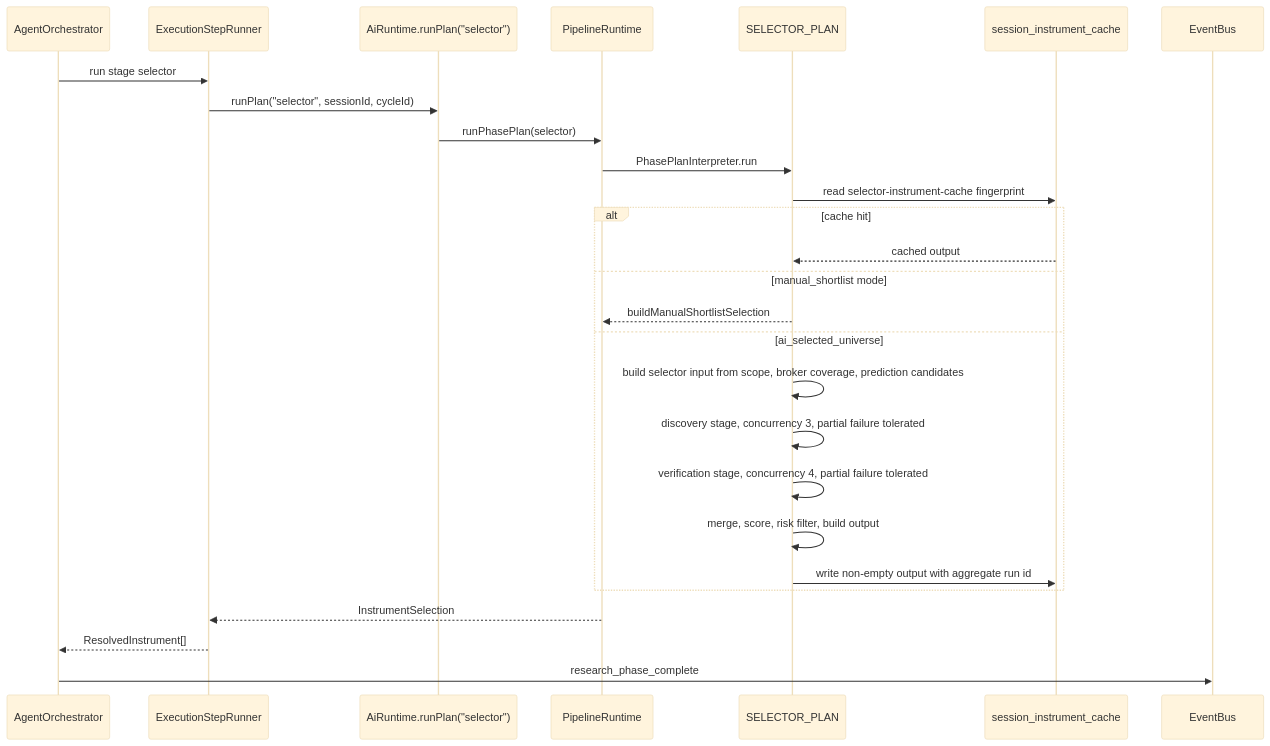
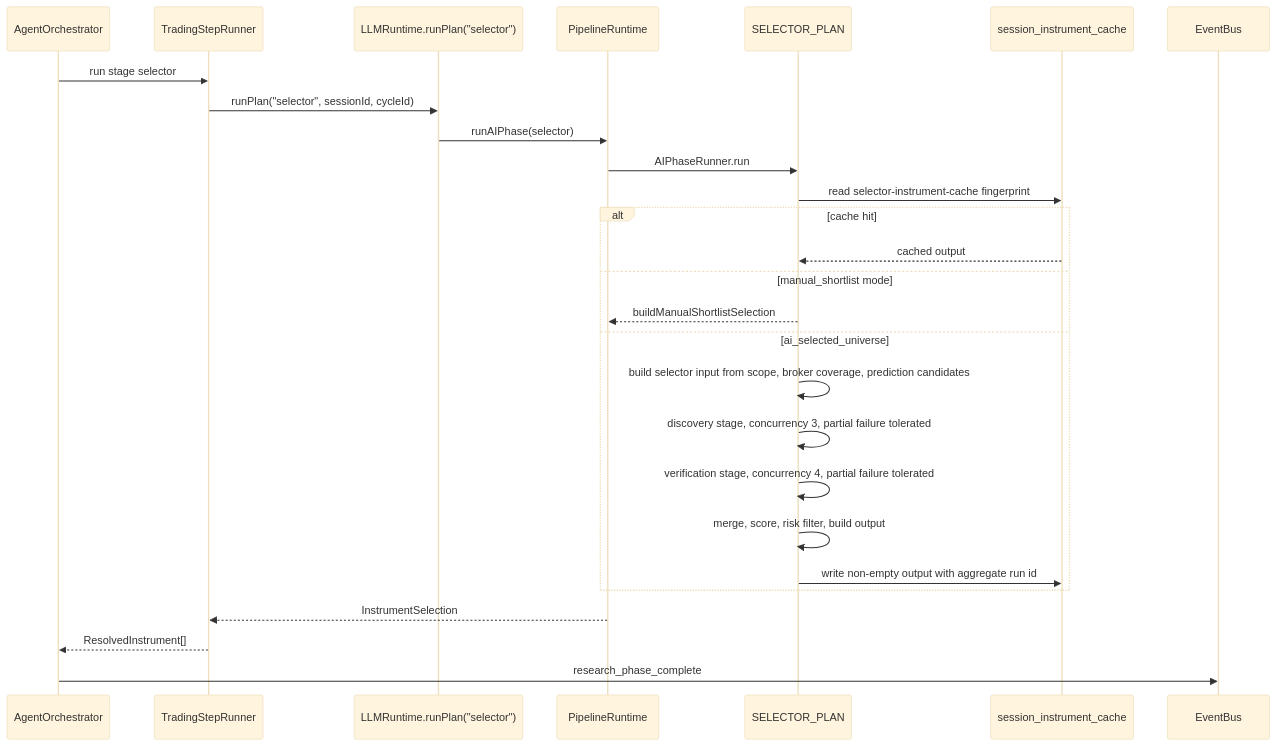
Before and after one commit to KennethAtchon/Exva: the sixth of 16 diagrams in docs/architecture/ai-runtime.md, drawn with Mermaid (base theme). The commit also changed other lines of this file and 206 other files, not shown here.

````diff
--- a/docs/architecture/ai-runtime.md
+++ b/docs/architecture/ai-runtime.md
@@ -266,30 +266,30 @@
 ```mermaid
 sequenceDiagram
     participant AO as AgentOrchestrator
-    participant ESR as ExecutionStepRunner
-    participant AI as AiRuntime.runPlan("selector")
+    participant ESR as TradingStepRunner
+    participant AI as LLMRuntime.runPlan("selector")
     participant PR as PipelineRuntime
     participant Plan as SELECTOR_PLAN
     participant Cache as session_instrument_cache
     participant EB as EventBus
 
     AO->>ESR: run stage selector
     ESR->>AI: runPlan("selector", sessionId, cycleId)
-    AI->>PR: runPhasePlan(selector)
-    PR->>Plan: PhasePlanInterpreter.run
+    AI->>PR: runAIPhase(selector)
+    PR->>Plan: AIPhaseRunner.run
     Plan->>Cache: read selector-instrument-cache fingerprint
     alt cache hit
         Cache-->>Plan: cached output
     else manual_shortlist mode
         Plan-->>PR: buildManualShortlistSelection
     else ai_selected_universe
         Plan->>Plan: build selector input from scope, broker coverage, prediction candidates
         Plan->>Plan: discovery stage, concurrency 3, partial failure tolerated
         Plan->>Plan: verification stage, concurrency 4, partial failure tolerated
         Plan->>Plan: merge, score, risk filter, build output
         Plan->>Cache: write non-empty output with aggregate run id
     end
     PR-->>ESR: InstrumentSelection
     ESR-->>AO: ResolvedInstrument[]
     AO->>EB: research_phase_complete
 ```
````
